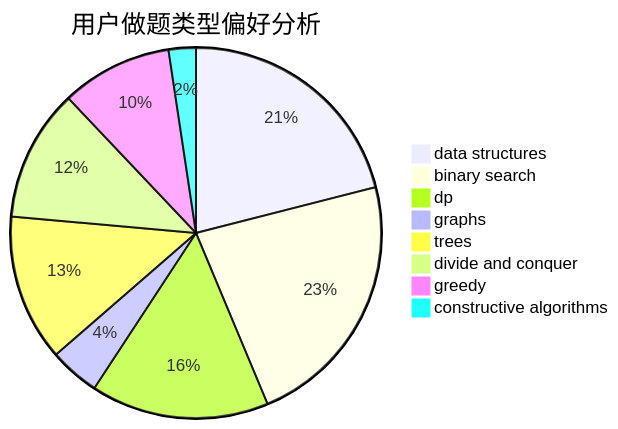
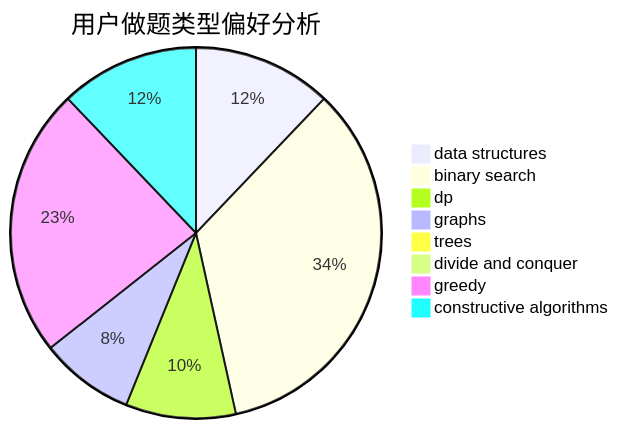
Before and after one commit to sherpahu/cfrs.github.io: the second of 3 diagrams in docs/user/u1657.md, drawn with Mermaid. The commit also changed other lines of this file and 2770 other files, not shown here.

````diff
--- a/docs/user/u1657.md
+++ b/docs/user/u1657.md
@@ -23,11 +23,11 @@
 ```mermaid
 pie title 用户做题类型偏好分析
-    "data structures" :  115
-    "binary search" :  124
-    "dp" :  85
-    "graphs" :  24
-    "trees" :  70
-    "divide and conquer" :  63
-    "greedy" :  53
-    "constructive algorithms" :  13
+    "data structures" :  149
+    "binary search" :  423
+    "dp" :  118
+    "graphs" :  101
+    "trees" :  3
+    "divide and conquer" :  0
+    "greedy" :  289
+    "constructive algorithms" :  149
 ```
````
